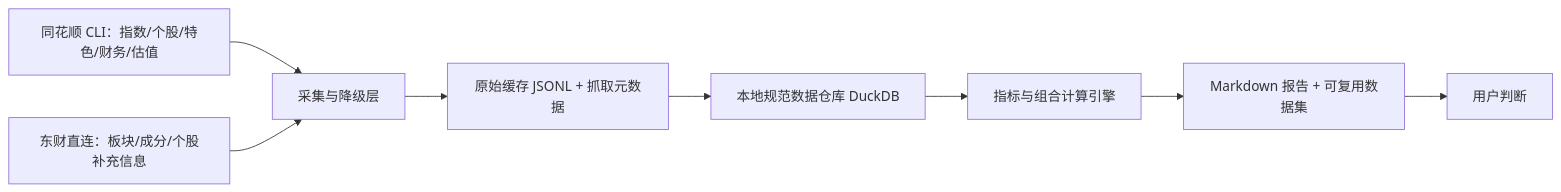
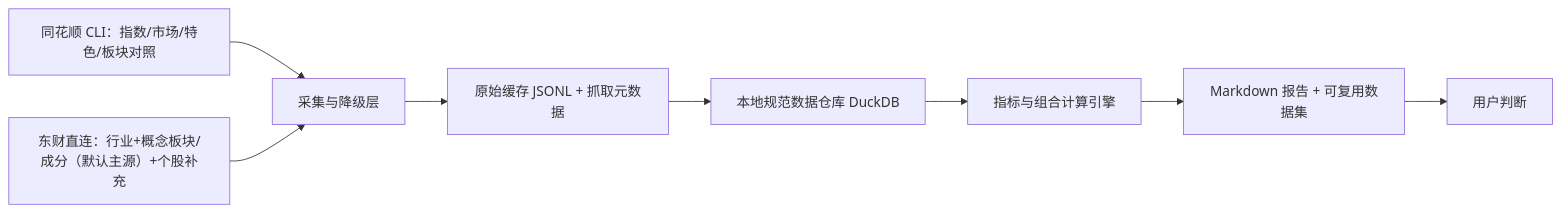
One commit to xiejiankangc/quant-A changed the diagram in docs/requirements/market-overview.md. Above: the diagram before and after it, drawn with Mermaid. The commit also changed other lines of this file and 7 other files, not shown here.

````diff
--- a/docs/requirements/market-overview.md
+++ b/docs/requirements/market-overview.md
@@ -75,10 +75,10 @@
 ```mermaid
 flowchart LR
-  S1["同花顺 CLI：指数/个股/特色/财务/估值"] --> C["采集与降级层"]
-  S2["东财直连：板块/成分/个股补充信息"] --> C
+  S1["同花顺 CLI：指数/市场/特色/板块对照"] --> C["采集与降级层"]
+  S2["东财直连：行业+概念板块/成分（默认主源）+个股补充"] --> C
   C --> R["原始缓存 JSONL + 抓取元数据"]
   R --> D["本地规范数据仓库 DuckDB"]
   D --> I["指标与组合计算引擎"]
   I --> O["Markdown 报告 + 可复用数据集"]
   O --> U["用户判断"]
 ```
````
